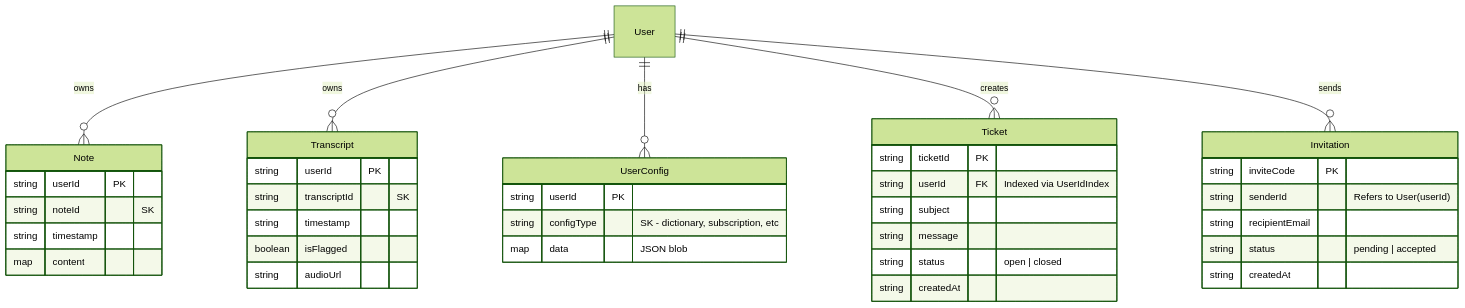
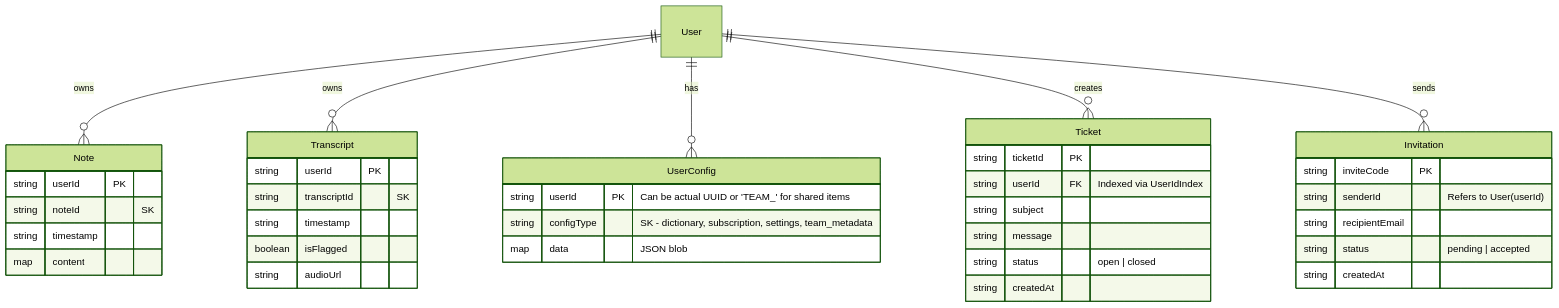
One commit to AdrianTuci1/smart-scribe changed the diagram in elixir_voicescribe_backend/data_structure.md. Above: the diagram before and after it, drawn with Mermaid (forest theme). The commit also changed 37 other files, not shown here.

````diff
--- a/elixir_voicescribe_backend/data_structure.md
+++ b/elixir_voicescribe_backend/data_structure.md
@@ -25,46 +25,46 @@
 ```mermaid
 erDiagram
     User ||--o{ Note : "owns"
     User ||--o{ Transcript : "owns"
     User ||--o{ UserConfig : "has"
     User ||--o{ Ticket : "creates"
     User ||--o{ Invitation : "sends"
 
     Note {
         string userId PK
         string noteId "SK"
         string timestamp
         map content
     }
 
     UserConfig {
-        string userId PK
-        string configType "SK - dictionary, subscription, etc"
+        string userId PK "Can be actual UUID or 'TEAM_<UUID>' for shared items"
+        string configType "SK - dictionary, subscription, settings, team_metadata"
         map data "JSON blob"
     }
 
     Transcript {
         string userId PK
         string transcriptId "SK"
         string timestamp
         boolean isFlagged
         string audioUrl
     }
 
     Invitation {
         string inviteCode PK
         string senderId "Refers to User(userId)"
         string recipientEmail
         string status "pending | accepted"
         string createdAt
     }
 
     Ticket {
         string ticketId PK
         string userId FK "Indexed via UserIdIndex"
         string subject
         string message
         string status "open | closed"
         string createdAt
     }
 ```
````
